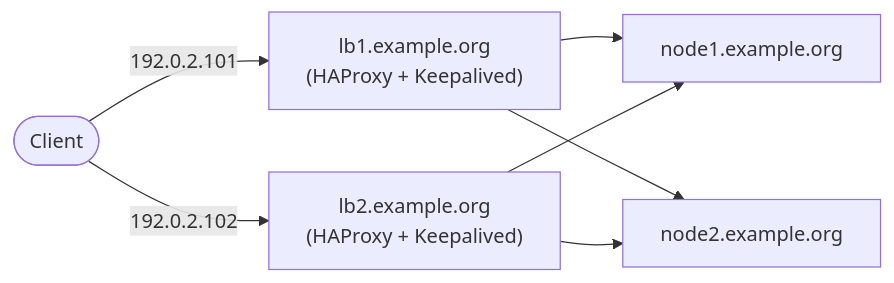
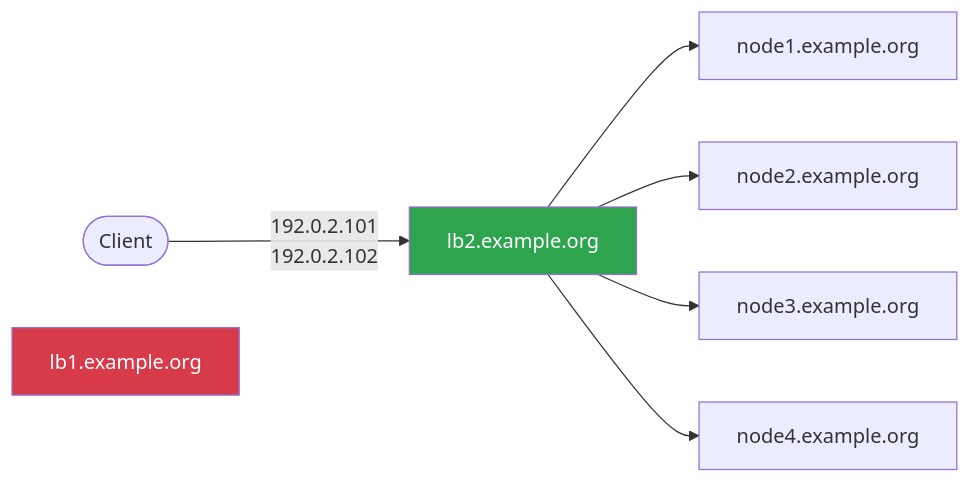
Before and after one commit to bluesky/tiled: the third of 3 diagrams in docs/source/user-guide/deploy-tiled-multi-node.md, drawn with Mermaid. The commit also changed other lines of this file, not shown here.

First line of the commit message:
docs: Restore detailed HAProxy and Keepalived examples

````diff
--- a/docs/source/user-guide/deploy-tiled-multi-node.md
+++ b/docs/source/user-guide/deploy-tiled-multi-node.md
@@ -120,9 +373,11 @@
 ```mermaid
 flowchart LR
-    Client([Client]) -->|192.0.2.101| LB1["lb1.example.org<br>(HAProxy + Keepalived)"]
-    Client -->|192.0.2.102| LB2["lb2.example.org<br>(HAProxy + Keepalived)"]
-    LB1 --> N1[node1.example.org]
-    LB1 --> N2[node2.example.org]
-    LB2 --> N1
-    LB2 --> N2
+    Client([Client]) -->|192.0.2.101<br>192.0.2.102| LB2["lb2.example.org"]
+    LB1["lb1.example.org"]
+    LB2 --> T1[node1.example.org]
+    LB2 --> T2[node2.example.org]
+    LB2 --> T3[node3.example.org]
+    LB2 --> T4[node4.example.org]
+    style LB1 fill:#d73a49,color:#fff
+    style LB2 fill:#2ea44f,color:#fff
 ```
````
